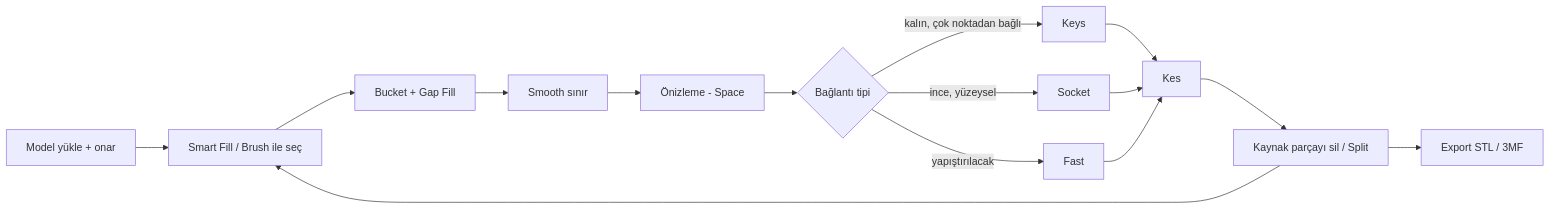
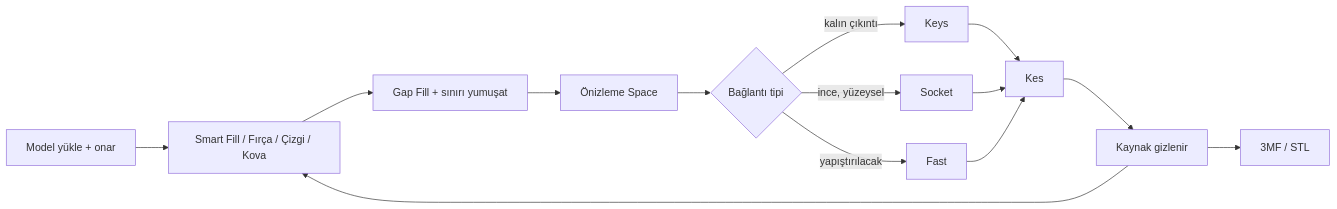
Before and after one commit to yunuskorkmaz/3dsplit: the diagram in docs/project-brief.md, drawn with Mermaid. The commit also changed other lines of this file and 34 other files, not shown here.

````diff
--- a/docs/project-brief.md
+++ b/docs/project-brief.md
@@ -18,17 +20,16 @@
 ```mermaid
 flowchart LR
-  A[Model yükle + onar] --> B[Smart Fill / Brush ile seç]
-  B --> C[Bucket + Gap Fill]
-  C --> D[Smooth sınır]
-  D --> E[Önizleme - Space]
-  E --> F{Bağlantı tipi}
-  F -->|kalın, çok noktadan bağlı| G[Keys]
-  F -->|ince, yüzeysel| H[Socket]
-  F -->|yapıştırılacak| I[Fast]
+  A[Model yükle + onar] --> B[Smart Fill / Fırça / Çizgi / Kova]
+  B --> C[Gap Fill + sınırı yumuşat]
+  C --> D[Önizleme Space]
+  D --> E{Bağlantı tipi}
+  E -->|kalın çıkıntı| G[Keys]
+  E -->|ince, yüzeysel| H[Socket]
+  E -->|yapıştırılacak| I[Fast]
   G --> J[Kes]
   H --> J
   I --> J
-  J --> K[Kaynak parçayı sil / Split]
+  J --> K[Kaynak gizlenir]
   K --> B
-  K --> L[Export STL / 3MF]
+  K --> L[3MF / STL]
 ```
````
